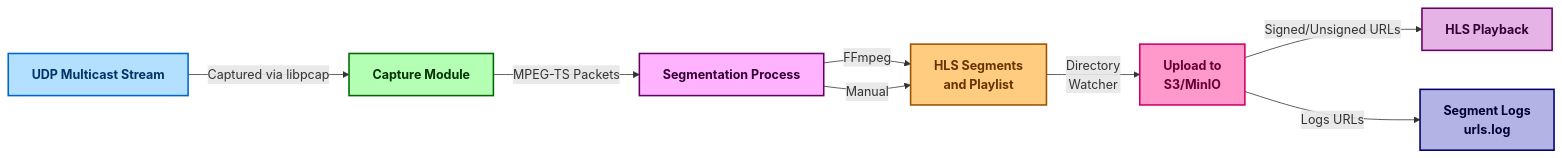
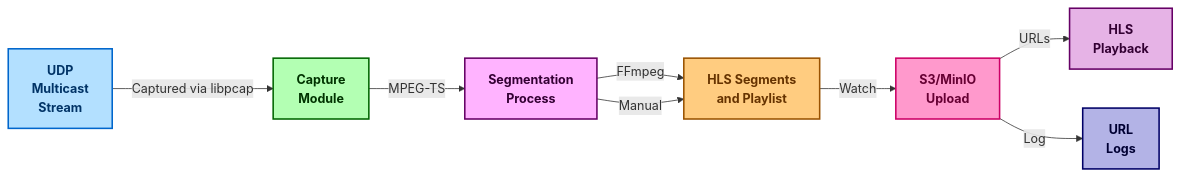
The diagram in README.md (groovybits/mpegts_to_s3), drawn with Mermaid before and after one commit.

Commit message:
readme: Better diagram controls

````diff
--- a/README.md
+++ b/README.md
@@ -5,18 +5,18 @@
 ```mermaid
 graph LR
-    A["UDP Multicast Stream"] -->|"Captured via libpcap"| B["Capture Module"]
-    B -->|"MPEG-TS Packets"| C["Segmentation Process"]
+    A["UDP<br/>Multicast<br/>Stream"] -->|"Captured via libpcap"| B["Capture<br/>Module"]
+    B -->|"MPEG-TS"| C["Segmentation<br/>Process"]
     C -->|"FFmpeg"| D["HLS Segments<br/>and Playlist"]
     C -->|"Manual"| D
-    D -->|"Directory<br/>Watcher"| E["Upload to<br/>S3/MinIO"]
-    E -->|"Signed/Unsigned URLs"| F["HLS Playback"]
-    E -->|"Logs URLs"| G["Segment Logs<br/>urls.log"]
+    D -->|"Watch"| E["S3/MinIO<br/>Upload"]
+    E -->|"URLs"| F["HLS<br/>Playback"]
+    E -->|"Log"| G["URL<br/>Logs"]
 
     style A fill:#b3e0ff,stroke:#0066cc,stroke-width:2px,color:#003366,font-weight:bold
     style B fill:#b3ffb3,stroke:#006600,stroke-width:2px,color:#003300,font-weight:bold
     style C fill:#ffb3ff,stroke:#660066,stroke-width:2px,color:#330033,font-weight:bold
     style D fill:#ffcc80,stroke:#995200,stroke-width:2px,color:#663300,font-weight:bold
     style E fill:#ff99cc,stroke:#cc0066,stroke-width:2px,color:#660033,font-weight:bold
     style F fill:#e6b3e6,stroke:#660066,stroke-width:2px,color:#330033,font-weight:bold
     style G fill:#b3b3e6,stroke:#000066,stroke-width:2px,color:#000033,font-weight:bold
 ```
````
